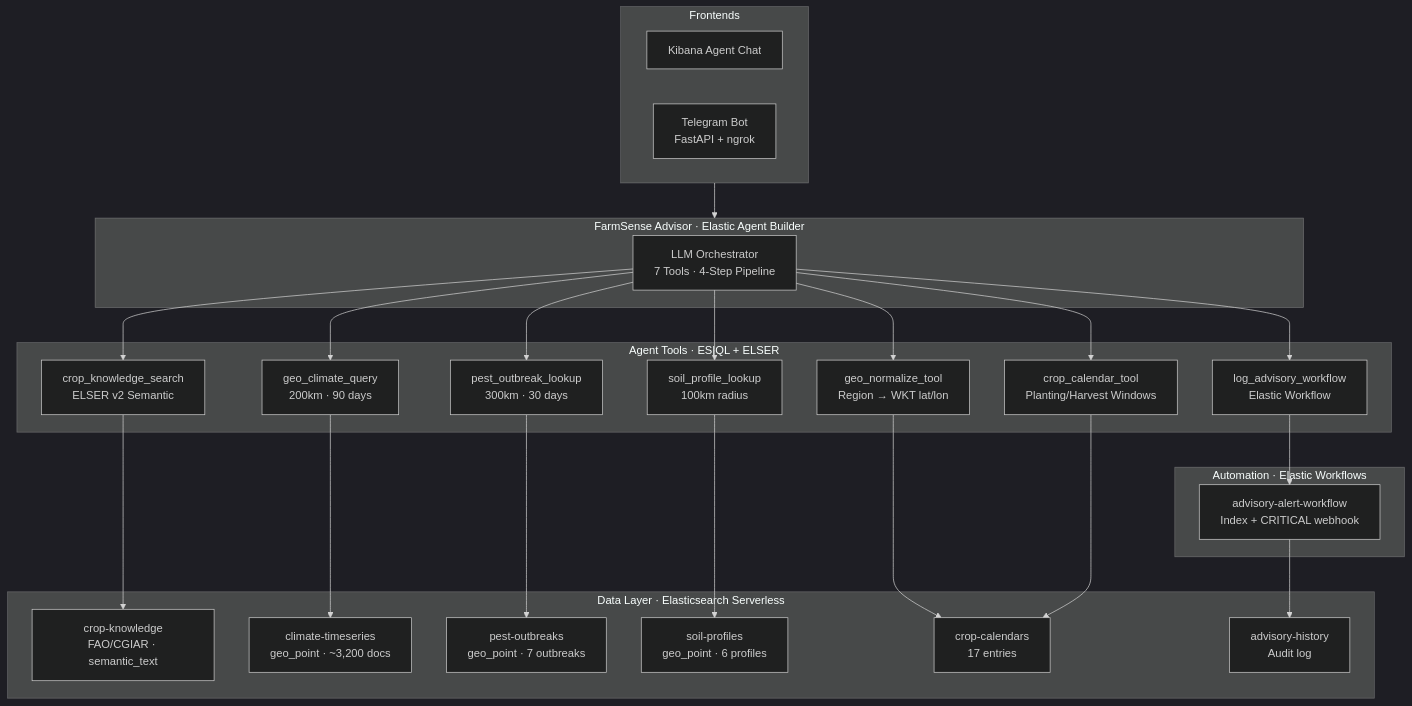
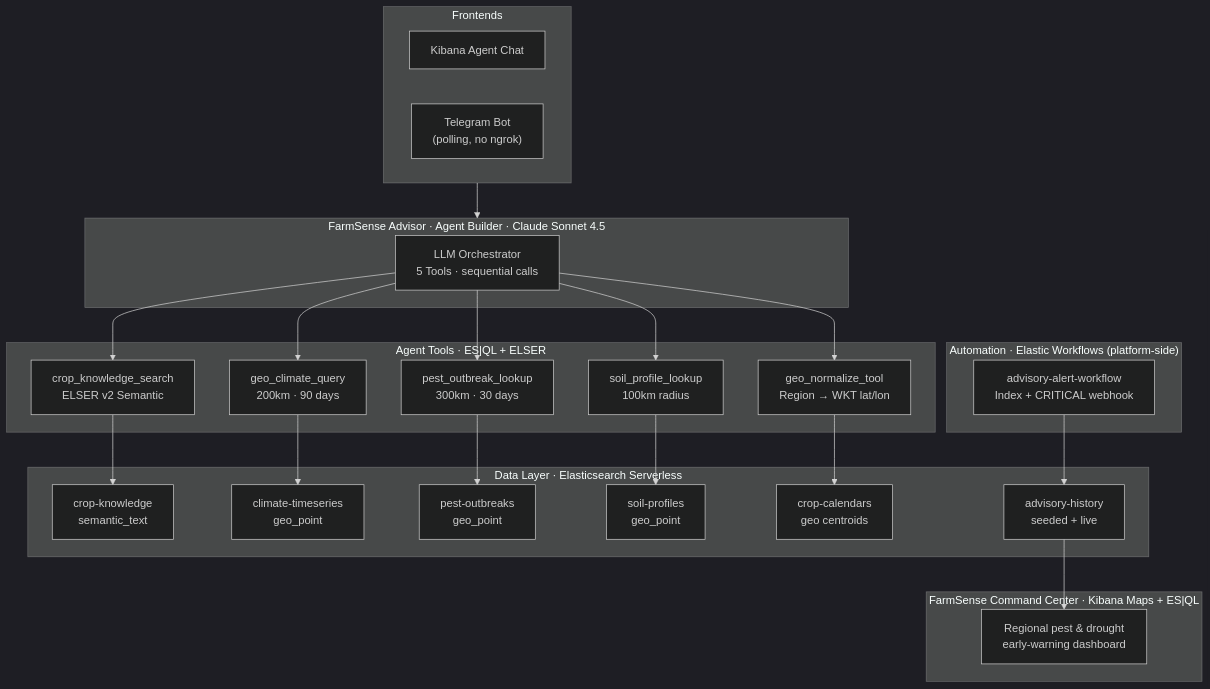
Before and after one commit to ankitlade12/farmsense: the second of 3 diagrams in README.md, drawn with Mermaid (dark theme). The commit also changed other lines of this file and 9 other files, not shown here.

First line of the commit message:
Harden Agent Builder pipeline, add Command Center, refresh docs

````diff
--- a/README.md
+++ b/README.md
@@ -79,45 +85,46 @@
 ```mermaid
 graph TB
     subgraph Frontends ["Frontends"]
         KC["Kibana Agent Chat"]
-        TG["Telegram Bot\nFastAPI + ngrok"]
+        TG["Telegram Bot\n(polling, no ngrok)"]
     end
 
-    subgraph Agent ["FarmSense Advisor · Elastic Agent Builder"]
-        LLM["LLM Orchestrator\n7 Tools · 4-Step Pipeline"]
+    subgraph Agent ["FarmSense Advisor · Agent Builder · Claude Sonnet 4.5"]
+        LLM["LLM Orchestrator\n5 Tools · sequential calls"]
     end
 
     subgraph Tools ["Agent Tools · ES|QL + ELSER"]
         GN["geo_normalize_tool\nRegion → WKT lat/lon"]
-        CC["crop_calendar_tool\nPlanting/Harvest Windows"]
         GC["geo_climate_query\n200km · 90 days"]
         PO["pest_outbreak_lookup\n300km · 30 days"]
         SP["soil_profile_lookup\n100km radius"]
         CK["crop_knowledge_search\nELSER v2 Semantic"]
-        LW["log_advisory_workflow\nElastic Workflow"]
     end
 
     subgraph DataLayer ["Data Layer · Elasticsearch Serverless"]
-        CKI["crop-knowledge\nFAO/CGIAR · semantic_text"]
-        CTI["climate-timeseries\ngeo_point · ~3,200 docs"]
-        POI["pest-outbreaks\ngeo_point · 7 outbreaks"]
-        SPI["soil-profiles\ngeo_point · 6 profiles"]
-        CCI["crop-calendars\n17 entries"]
-        AHI["advisory-history\nAudit log"]
+        CKI["crop-knowledge\nsemantic_text"]
+        CTI["climate-timeseries\ngeo_point"]
+        POI["pest-outbreaks\ngeo_point"]
+        SPI["soil-profiles\ngeo_point"]
+        CCI["crop-calendars\ngeo centroids"]
+        AHI["advisory-history\nseeded + live"]
     end
 
-    subgraph Automation ["Automation · Elastic Workflows"]
+    subgraph Automation ["Automation · Elastic Workflows (platform-side)"]
         WF["advisory-alert-workflow\nIndex + CRITICAL webhook"]
     end
 
+    subgraph Insight ["FarmSense Command Center · Kibana Maps + ES|QL"]
+        CC["Regional pest & drought\nearly-warning dashboard"]
+    end
+
     Frontends --> Agent
-    LLM --> GN & CC & GC & PO & SP & CK & LW
+    LLM --> GN & GC & PO & SP & CK
     GN --> CCI
-    CC --> CCI
     GC --> CTI
     PO --> POI
     SP --> SPI
     CK --> CKI
-    LW --> WF
     WF --> AHI
+    AHI --> CC
 ```
````
